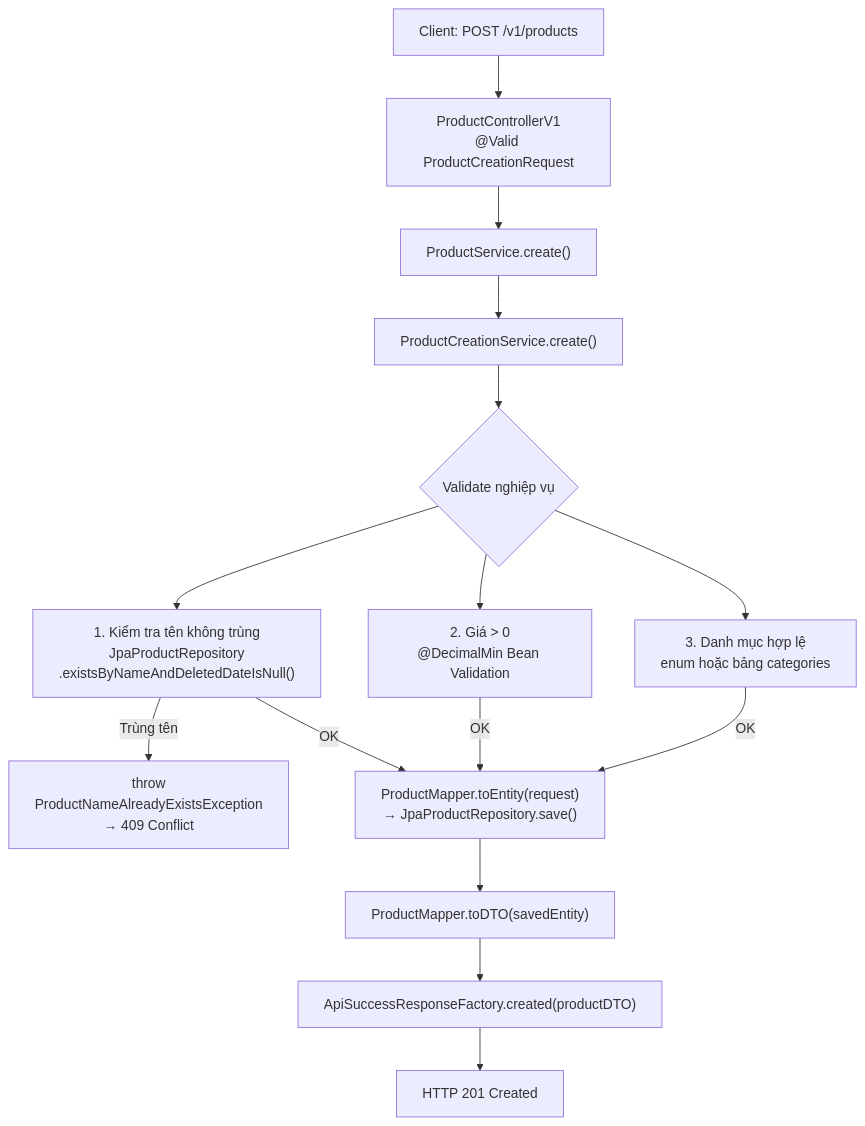
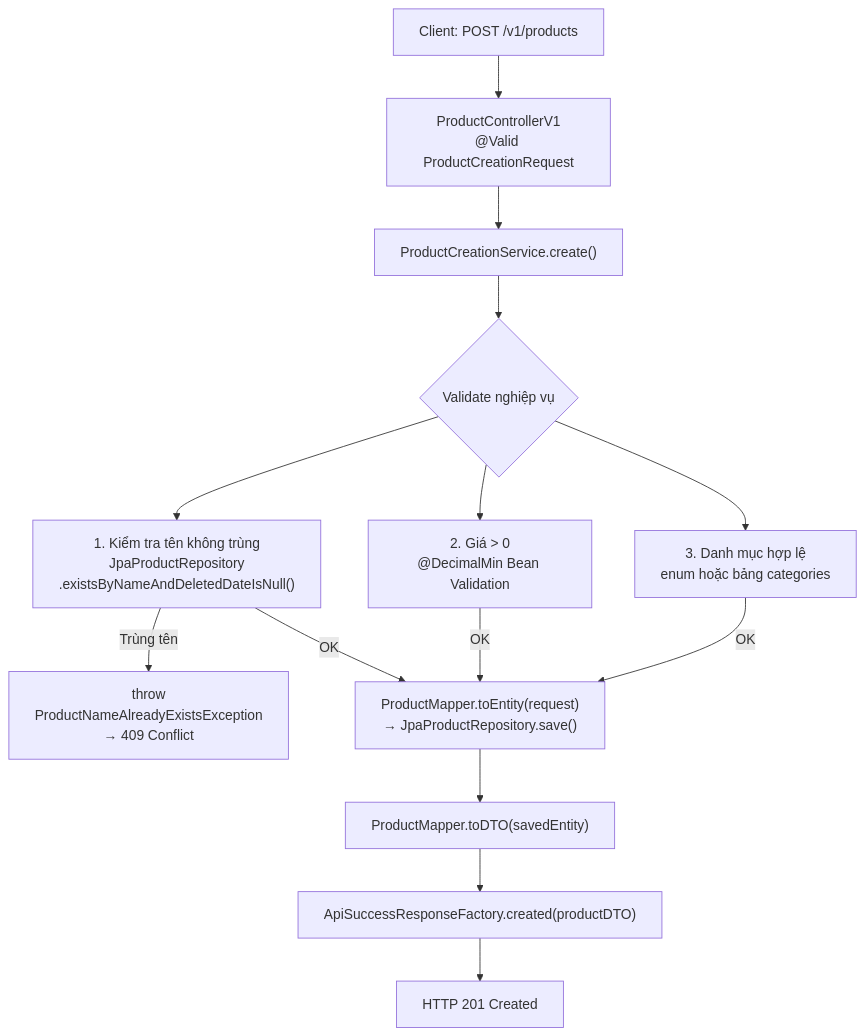
The third of 8 diagrams in SYSTEM_DESIGN.md (nt-hongnhat/StoreVision), drawn with Mermaid before and after one commit. The commit also changed other lines of this file, not shown here.

First line of the commit message:
docs(system-design): update service architecture and business rule delegation

````diff
--- a/SYSTEM_DESIGN.md
+++ b/SYSTEM_DESIGN.md
@@ -204,17 +206,16 @@
 ```mermaid
 flowchart TD
     A["Client: POST /v1/products"] --> B["ProductControllerV1\n@Valid ProductCreationRequest"]
-    B --> C["ProductService.create()"]
-    C --> D["ProductCreationService.create()"]
-    D --> E{Validate nghiệp vụ}
+    B --> C["ProductCreationService.create()"]
+    C --> E{Validate nghiệp vụ}
     E --> F["1. Kiểm tra tên không trùng\nJpaProductRepository\n.existsByNameAndDeletedDateIsNull()"]
     E --> G["2. Giá > 0\n@DecimalMin Bean Validation"]
     E --> H["3. Danh mục hợp lệ\nenum hoặc bảng categories"]
     F -->|Trùng tên| ERR["throw\nProductNameAlreadyExistsException\n→ 409 Conflict"]
     F -->|OK| SAVE
     G -->|OK| SAVE
     H -->|OK| SAVE["ProductMapper.toEntity(request)\n→ JpaProductRepository.save()"]
     SAVE --> DTO["ProductMapper.toDTO(savedEntity)"]
     DTO --> RESP["ApiSuccessResponseFactory.created(productDTO)"]
     RESP --> END["HTTP 201 Created"]
 ```
````
